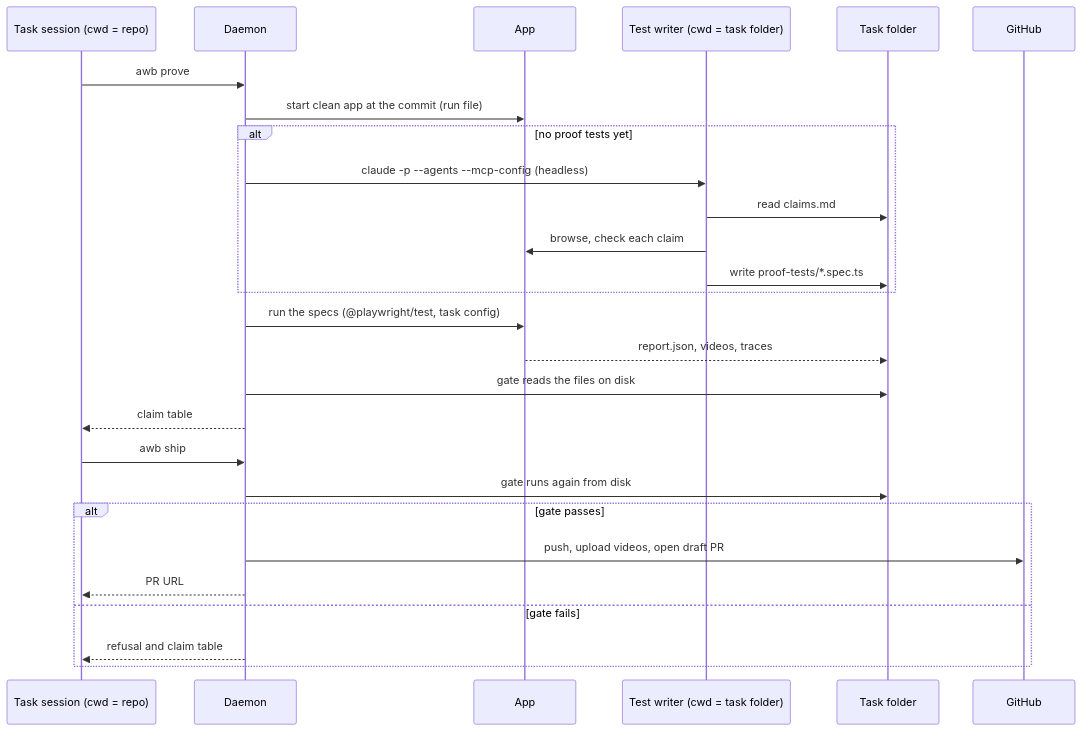
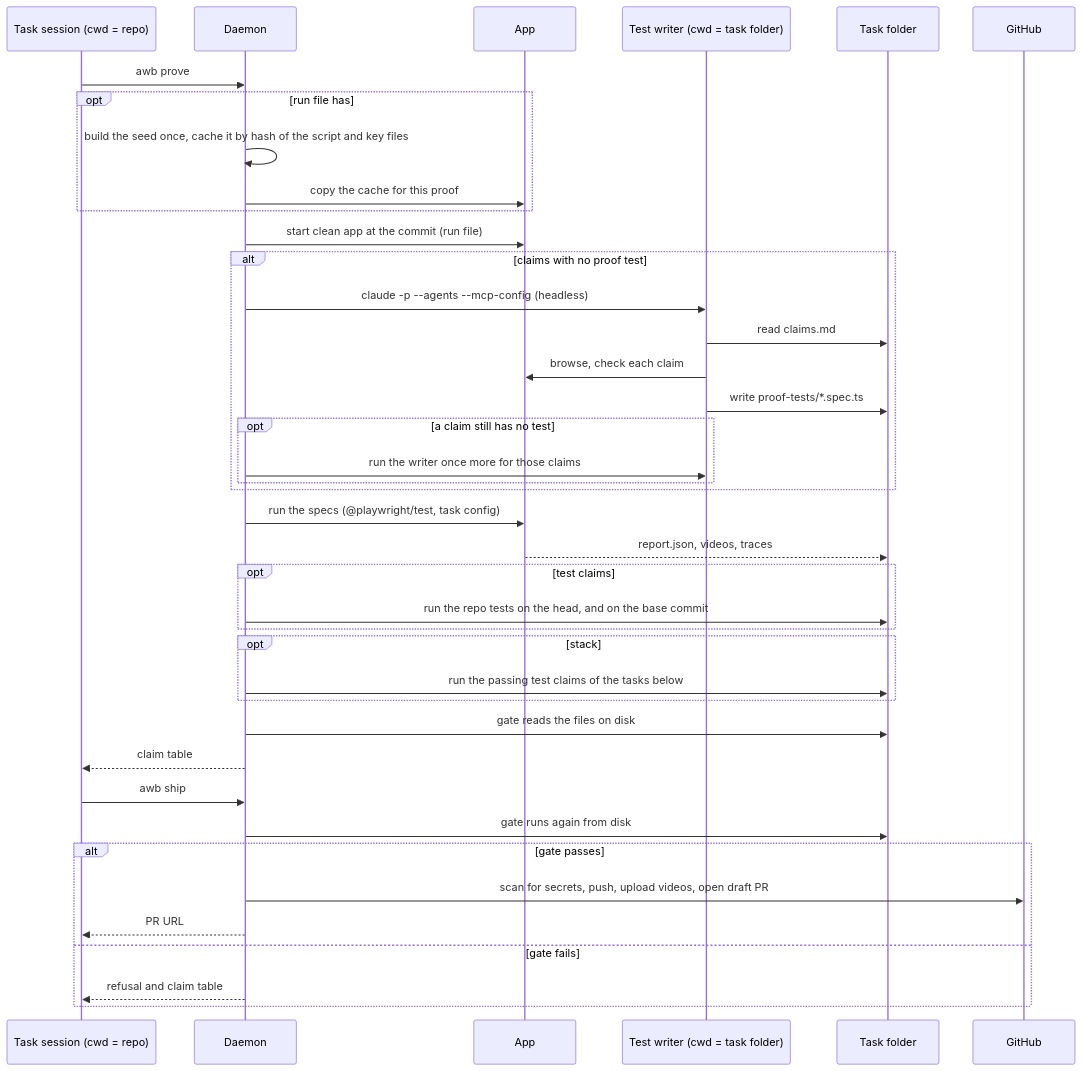
The third of 3 diagrams in docs/architecture.md (Borghese-Gladiator/agent-workbench), drawn with Mermaid before and after one commit. The commit also changed other lines of this file and 2 other files, not shown here.

Commit message:
Update the architecture doc, simplify the CLI README, drop the TODO link

````diff
--- a/docs/architecture.md
+++ b/docs/architecture.md
@@ -71,30 +108,43 @@
 ```mermaid
 sequenceDiagram
   participant S as Task session (cwd = repo)
   participant D as Daemon
   participant A as App
   participant W as Test writer (cwd = task folder)
   participant F as Task folder
   participant G as GitHub
 
   S->>D: awb prove
+  opt run file has ## seed
+    D->>D: build the seed once, cache it by hash of the script and key files
+    D->>A: copy the cache for this proof
+  end
   D->>A: start clean app at the commit (run file)
-  alt no proof tests yet
+  alt claims with no proof test
     D->>W: claude -p --agents --mcp-config (headless)
     W->>F: read claims.md
     W->>A: browse, check each claim
     W->>F: write proof-tests/*.spec.ts
+    opt a claim still has no test
+      D->>W: run the writer once more for those claims
+    end
   end
   D->>A: run the specs (@playwright/test, task config)
   A-->>F: report.json, videos, traces
+  opt test claims
+    D->>F: run the repo tests on the head, and on the base commit
+  end
+  opt stack
+    D->>F: run the passing test claims of the tasks below
+  end
   D->>F: gate reads the files on disk
   D-->>S: claim table
   S->>D: awb ship
   D->>F: gate runs again from disk
   alt gate passes
-    D->>G: push, upload videos, open draft PR
+    D->>G: scan for secrets, push, upload videos, open draft PR
     D-->>S: PR URL
   else gate fails
     D-->>S: refusal and claim table
   end
 ```
````
